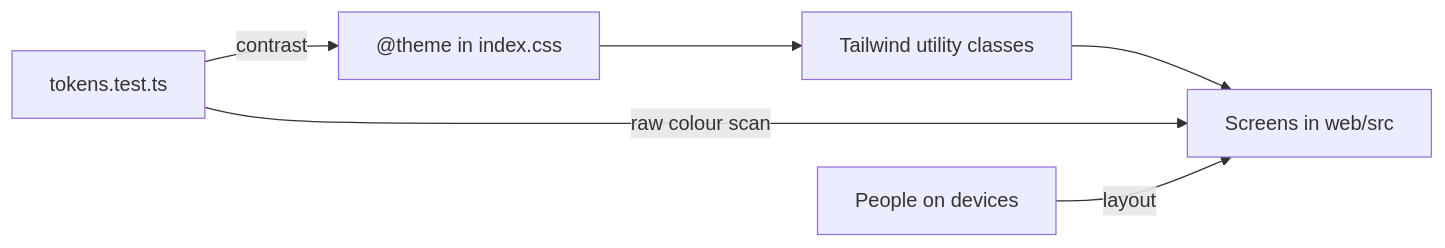
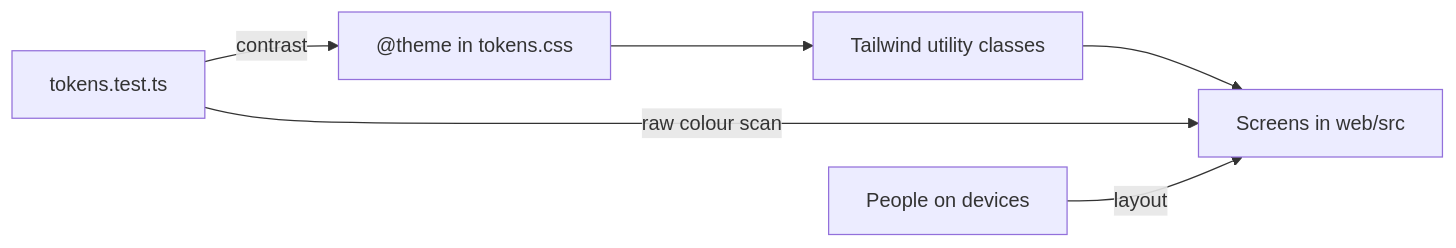
One commit to syudead/vv changed the first of 13 diagrams in docs/design-docs/library-ui.md. Above: the diagram before and after it, drawn with Mermaid. The commit also changed other lines of this file and 97 other files, not shown here.

````diff
--- a/docs/design-docs/library-ui.md
+++ b/docs/design-docs/library-ui.md
@@ -15,8 +15,8 @@
 ```mermaid
 flowchart LR
-  theme["@theme in index.css"] --> classes[Tailwind utility classes]
+  theme["@theme in tokens.css"] --> classes[Tailwind utility classes]
   classes --> screens[Screens in web/src]
   test[tokens.test.ts] -->|contrast| theme
   test -->|raw colour scan| screens
   people[People on devices] -->|layout| screens
 ```
````
